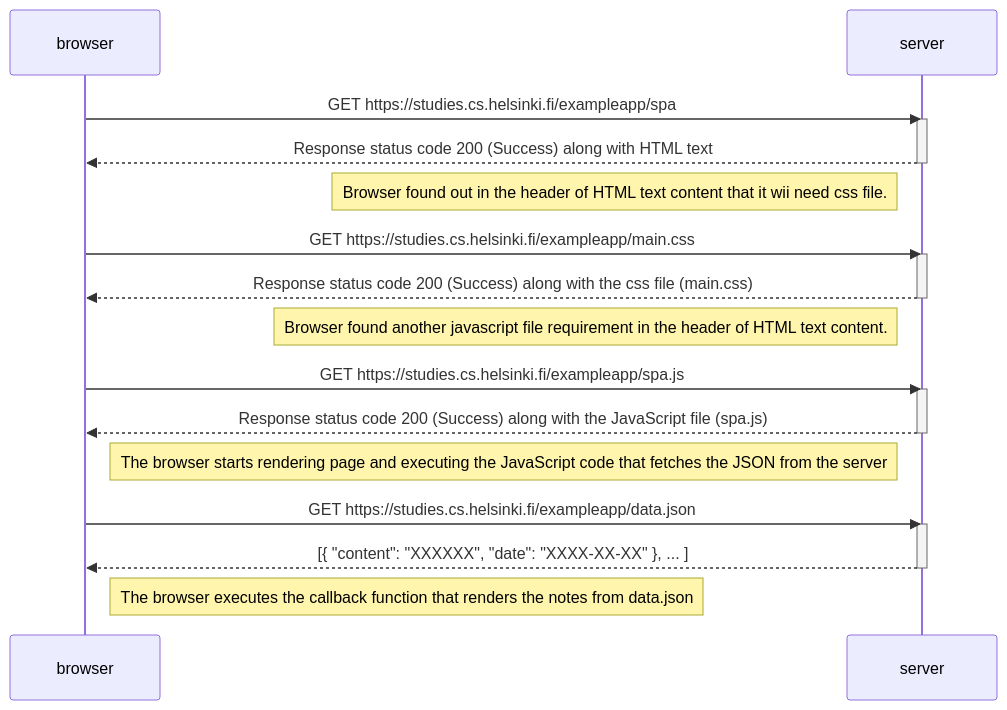
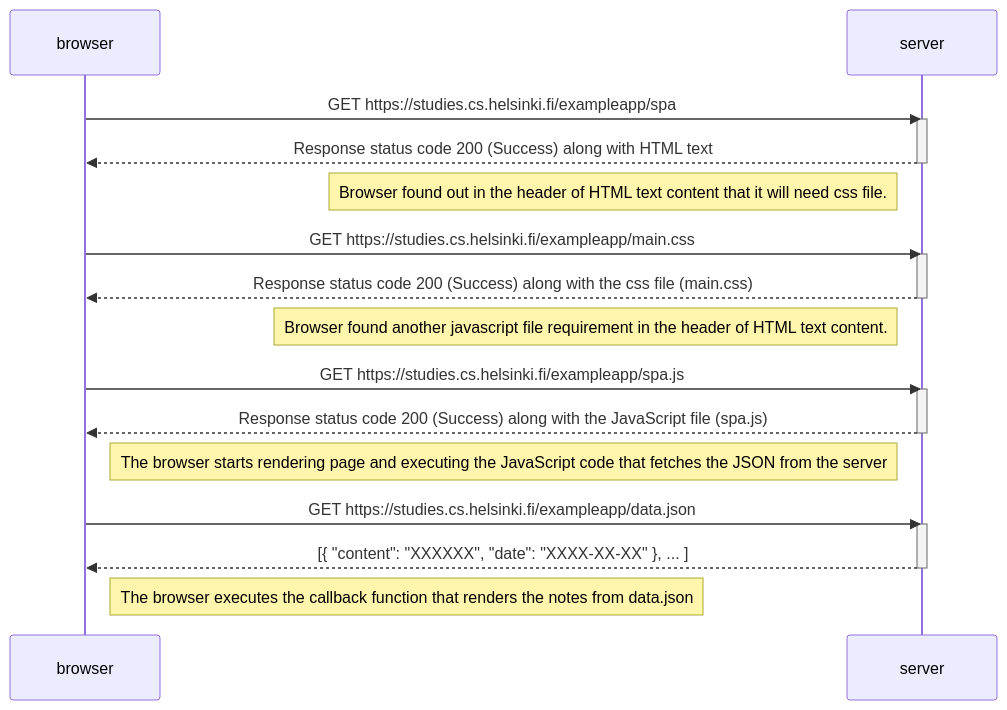
One commit to rsongphon/FullStackOpen-2024 changed the diagram in part0/0.5-Single-page-app-diagram.md. Above: the diagram before and after it, drawn with Mermaid.

Commit message:
part0 excercise0.5

````diff
--- a/part0/0.5-Single-page-app-diagram.md
+++ b/part0/0.5-Single-page-app-diagram.md
@@ -1,32 +1,32 @@
 ```mermaid
 sequenceDiagram
     participant browser
     participant server
 
     
     browser->>server: GET https://studies.cs.helsinki.fi/exampleapp/spa
     activate server
     server-->>browser: Response status code 200 (Success) along with HTML text
     deactivate server
-    Note left of server : Browser found out in the header of HTML text content that it wii need css file.
+    Note left of server : Browser found out in the header of HTML text content that it will need css file.
 
     browser->>server: GET https://studies.cs.helsinki.fi/exampleapp/main.css
     activate server
     server-->>browser:  Response status code 200 (Success) along with the css file (main.css)
     deactivate server
 		Note left of server : Browser found another javascript file requirement in the header of HTML text content.
 
     browser->>server: GET https://studies.cs.helsinki.fi/exampleapp/spa.js
     activate server
     server-->>browser: Response status code 200 (Success) along with  the JavaScript file (spa.js)
     deactivate server
 
     Note right of browser: The browser starts rendering page and executing the JavaScript code that fetches the JSON from the server
 
     browser->>server: GET https://studies.cs.helsinki.fi/exampleapp/data.json
     activate server
     server-->>browser: [{ "content": "XXXXXX", "date": "XXXX-XX-XX" }, ... ]
     deactivate server
 
     Note right of browser: The browser executes the callback function that renders the notes from data.json
 ```
````
